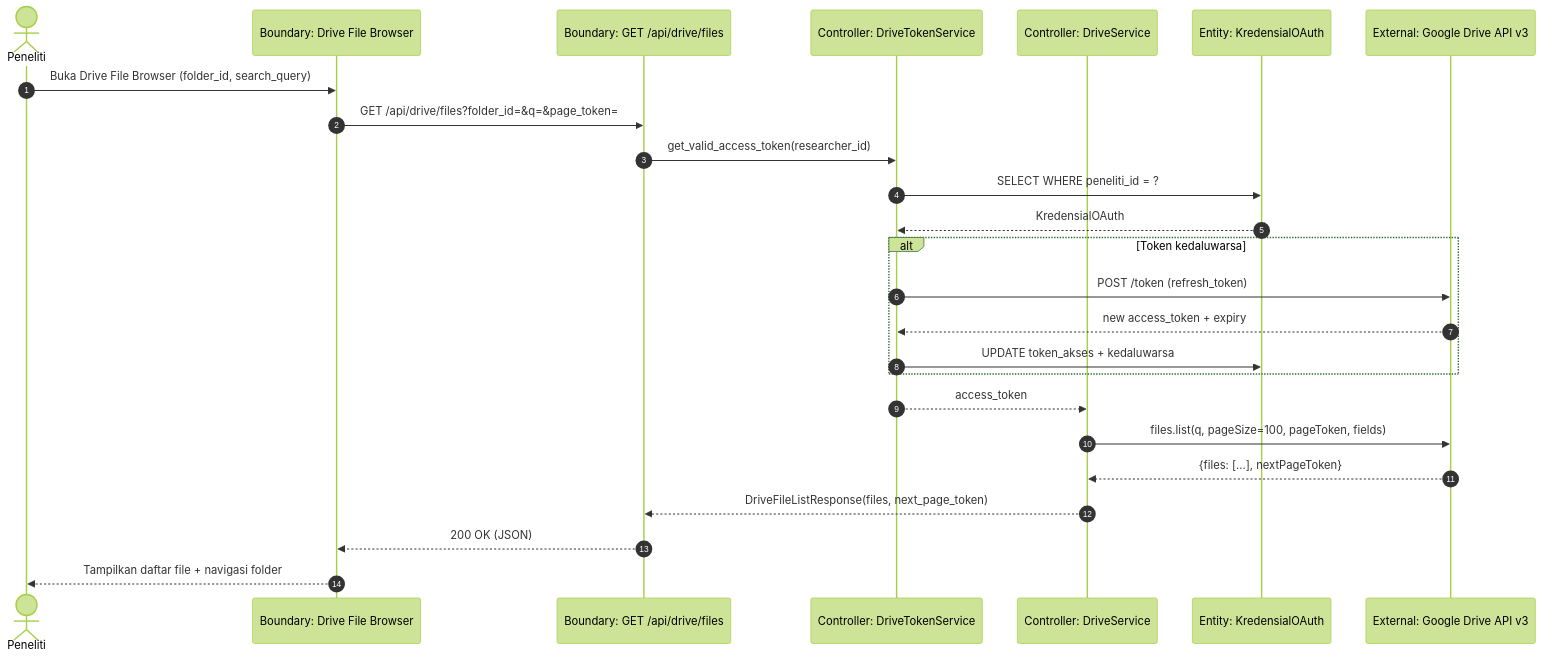
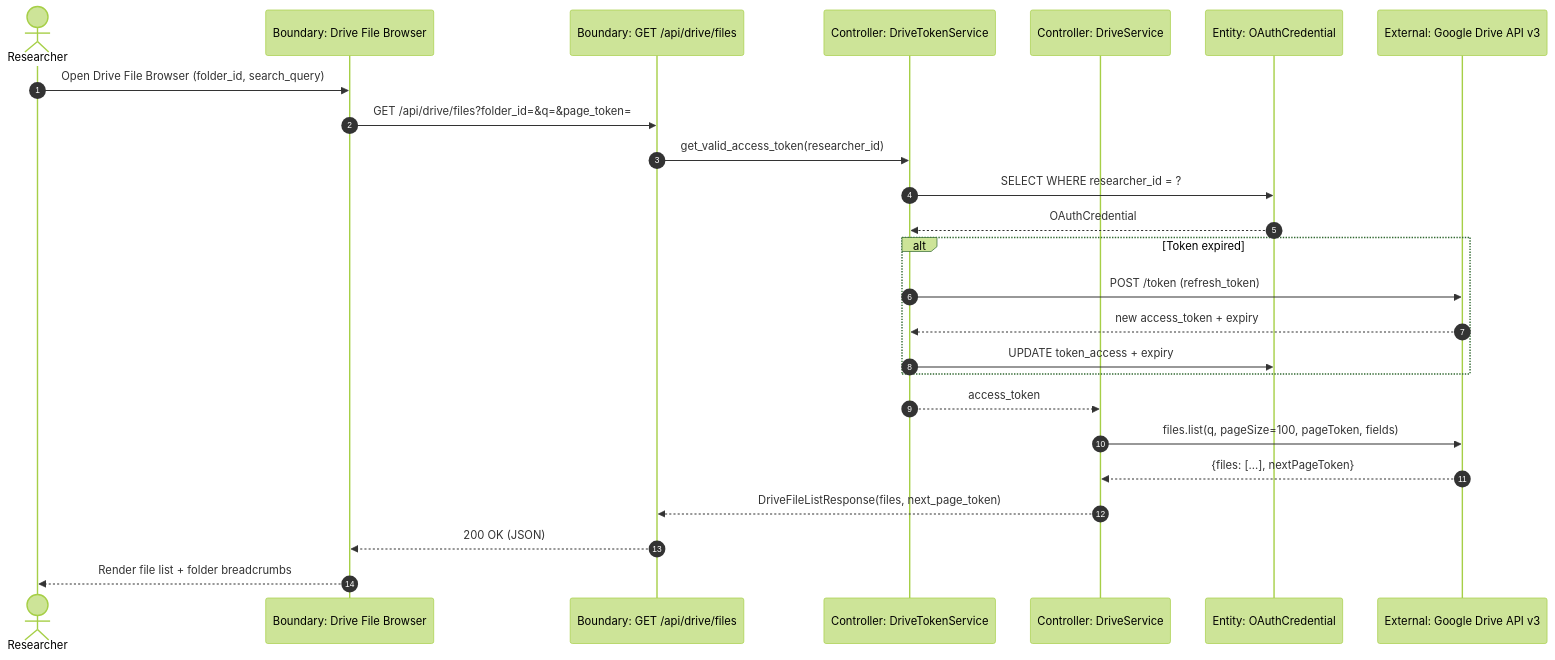
Before and after one commit to Gzaa19/Telaah: the third of 6 diagrams in specs/002-drive-document-import/plan.md, drawn with Mermaid (forest theme). The commit also changed other lines of this file and 5 other files, not shown here.

First line of the commit message:
refactor(specs): standardize UC-02 database models, diagrams, and API contracts to English

````diff
--- a/specs/002-drive-document-import/plan.md
+++ b/specs/002-drive-document-import/plan.md
@@ -208,28 +208,28 @@
 ```mermaid
 sequenceDiagram
     autonumber
-    actor Peneliti
+    actor Researcher as Researcher
     participant Browser as Boundary: Drive File Browser
     participant DriveRouter as Boundary: GET /api/drive/files
     participant TokenSvc as Controller: DriveTokenService
     participant DriveSvc as Controller: DriveService
-    participant CredRepo as Entity: KredensialOAuth
+    participant CredRepo as Entity: OAuthCredential
     participant DriveAPI as External: Google Drive API v3
 
-    Peneliti->>Browser: Buka Drive File Browser (folder_id, search_query)
+    Researcher->>Browser: Open Drive File Browser (folder_id, search_query)
     Browser->>DriveRouter: GET /api/drive/files?folder_id=&q=&page_token=
     DriveRouter->>TokenSvc: get_valid_access_token(researcher_id)
-    TokenSvc->>CredRepo: SELECT WHERE peneliti_id = ?
-    CredRepo-->>TokenSvc: KredensialOAuth
-    alt Token kedaluwarsa
+    TokenSvc->>CredRepo: SELECT WHERE researcher_id = ?
+    CredRepo-->>TokenSvc: OAuthCredential
+    alt Token expired
         TokenSvc->>DriveAPI: POST /token (refresh_token)
         DriveAPI-->>TokenSvc: new access_token + expiry
-        TokenSvc->>CredRepo: UPDATE token_akses + kedaluwarsa
+        TokenSvc->>CredRepo: UPDATE token_access + expiry
     end
     TokenSvc-->>DriveSvc: access_token
     DriveSvc->>DriveAPI: files.list(q, pageSize=100, pageToken, fields)
     DriveAPI-->>DriveSvc: {files: [...], nextPageToken}
     DriveSvc-->>DriveRouter: DriveFileListResponse(files, next_page_token)
     DriveRouter-->>Browser: 200 OK (JSON)
-    Browser-->>Peneliti: Tampilkan daftar file + navigasi folder
+    Browser-->>Researcher: Render file list + folder breadcrumbs
 ```
````
